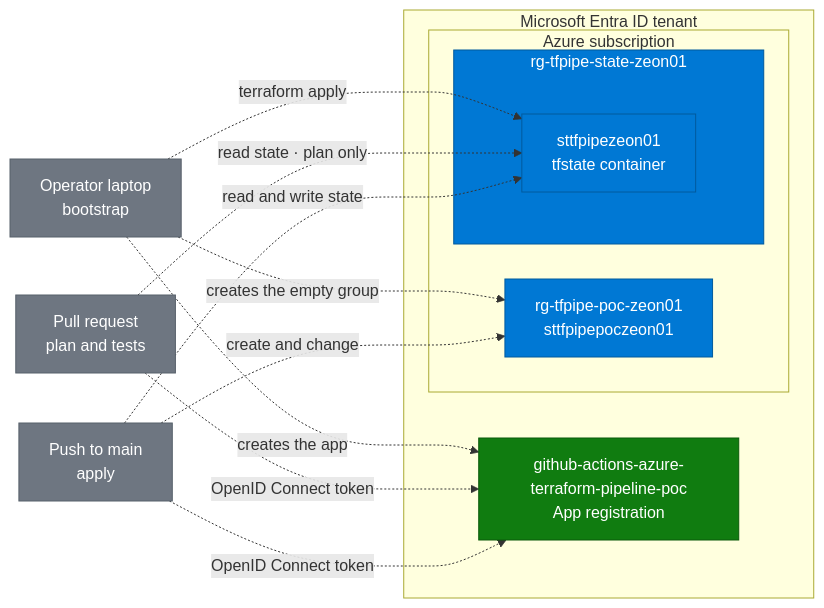
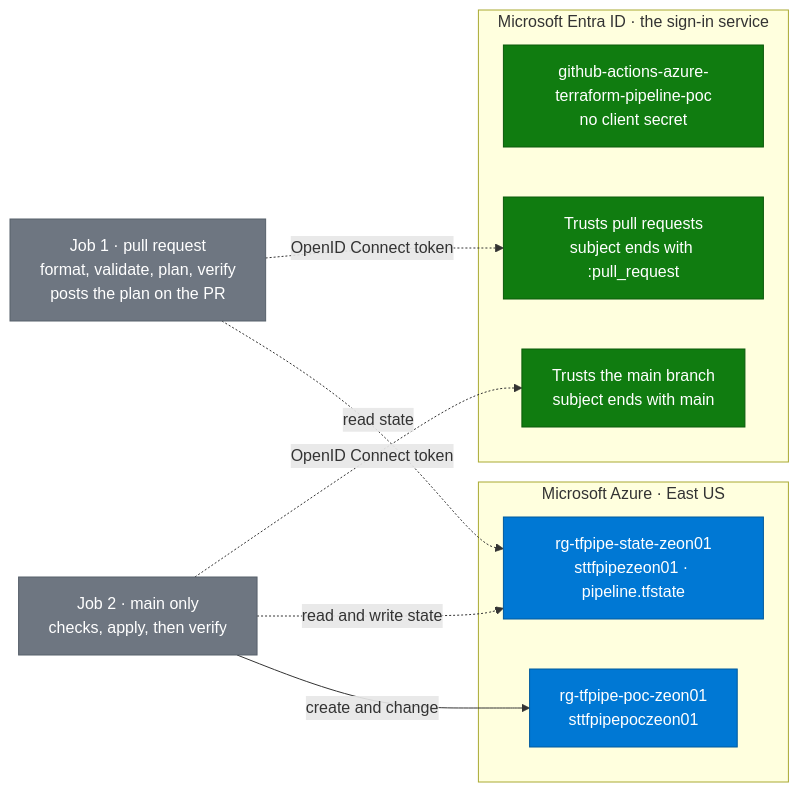
The diagram in README.md (zsociety47/azure-terraform-pipeline-poc), drawn with Mermaid before and after one commit. The commit also changed other lines of this file and 29 other files, not shown here.

Commit message:
Add the walkthrough screenshots and the October 26 architecture picture so the public repo matches the built pipeline.

````diff
--- a/README.md
+++ b/README.md
@@ -432,32 +442,29 @@
 ```mermaid
 flowchart LR
-    laptop["Operator laptop<br/>bootstrap"]
-    pr["Pull request<br/>plan and tests"]
-    main["Push to main<br/>apply"]
+    pr["Job 1 · pull request<br/>format, validate, plan, verify<br/>posts the plan on the PR"]
+    main["Job 2 · main only<br/>checks, apply, then verify"]
 
-    subgraph tenant["Microsoft Entra ID tenant"]
-        entra["github-actions-azure-terraform-pipeline-poc<br/>App registration"]
-        subgraph sub["Azure subscription"]
-            subgraph stateRg["rg-tfpipe-state-zeon01"]
-                state["sttfpipezeon01<br/>tfstate container"]
-            end
-            pipe["rg-tfpipe-poc-zeon01<br/>sttfpipepoczeon01"]
-        end
+    subgraph tenant["Microsoft Entra ID · the sign-in service"]
+        entra["github-actions-azure-terraform-pipeline-poc<br/>no client secret"]
+        prTrust["Trusts pull requests<br/>subject ends with :pull_request"]
+        mainTrust["Trusts the main branch<br/>subject ends with main"]
     end
 
-    laptop -. "terraform apply" .-> state
-    laptop -. "creates the app" .-> entra
-    laptop -. "creates the empty group" .-> pipe
-    pr -. "OpenID Connect token" .-> entra
-    main -. "OpenID Connect token" .-> entra
-    pr -. "read state · plan only" .-> state
+    subgraph azure["Microsoft Azure · East US"]
+        state["rg-tfpipe-state-zeon01<br/>sttfpipezeon01 · pipeline.tfstate"]
+        pipe["rg-tfpipe-poc-zeon01<br/>sttfpipepoczeon01"]
+    end
+
+    pr -. "OpenID Connect token" .-> prTrust
+    main -. "OpenID Connect token" .-> mainTrust
+    pr -. "read state" .-> state
     main -. "read and write state" .-> state
-    main -. "create and change" .-> pipe
+    main -- "create and change" --> pipe
 
     classDef azure fill:#0078d4,stroke:#005a9e,color:#fff
     classDef identity fill:#107c10,stroke:#0b5a0b,color:#fff
     classDef external fill:#6e7681,stroke:#57606a,color:#fff
-    class state,pipe,stateRg azure
-    class entra identity
-    class laptop,pr,main external
+    class state,pipe azure
+    class entra,prTrust,mainTrust identity
+    class pr,main external
 ```
````
